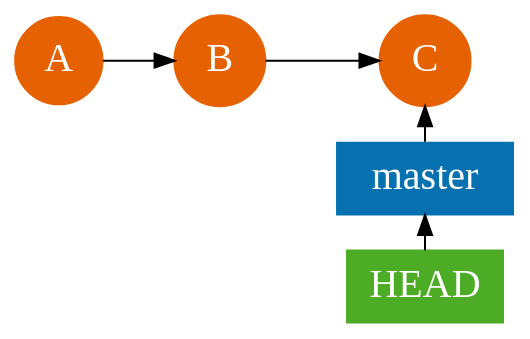
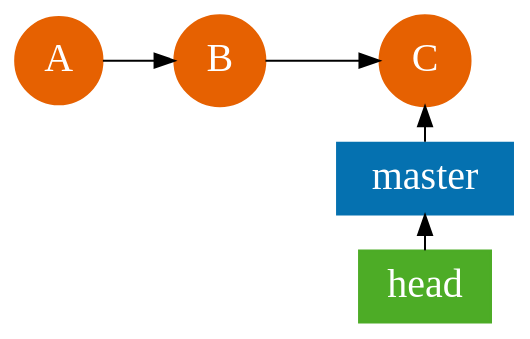
Before and after one commit to nirname/git-start: the diagram in source/index.md, drawn with Graphviz. The commit also changed other lines of this file and 2 other files, not shown here.

````diff
--- a/source/index.md
+++ b/source/index.md
@@ -159,28 +162,28 @@
 ```dot
 digraph {
   graph[ splines=false fontname="Arial" bgcolor="transparent" rankdir=LR]
   node [style="filled" fontcolor="white" fontsize=20]
 
   subgraph nodes {
     node [shape="circle" color="#e66101" fillcolor="#e66101"]
     A B C
   }
 
   { A -> B -> C }
 
   {
     node [shape="rect" color="#4dac26" fillcolor="#4dac26"]
-    HEAD
+    head
   }
 
   {
     node [shape="rect" color="#0571b0" fillcolor="#0571b0"]
     master
   }
 
  {
     rank = same
-    C -> master -> HEAD [dir="back"]
+    C -> master -> head [dir="back"]
   }
 }
 ```
````
